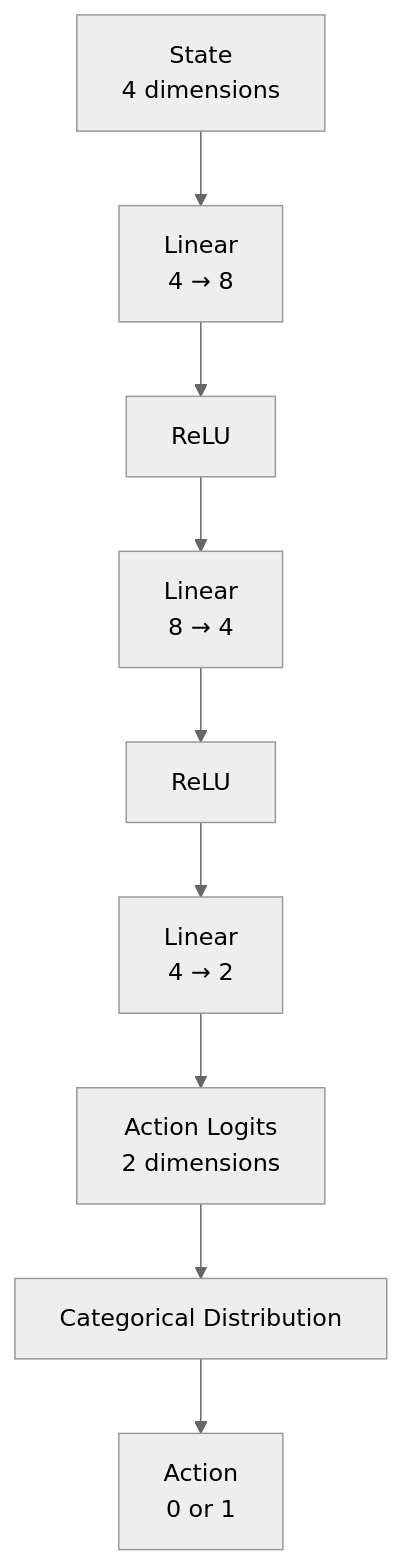
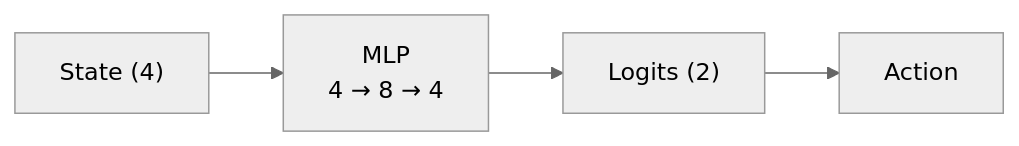
The first of 2 diagrams in _posts/2026-10-02-Policy-Gradient-구현-2.md (jihoAi/jihoAi.github.io), drawn with Mermaid (neutral theme) before and after one commit. The commit also changed other lines of this file, not shown here.

````diff
--- a/_posts/2026-10-02-Policy-Gradient-구현-2.md
+++ b/_posts/2026-10-02-Policy-Gradient-구현-2.md
@@ -59,21 +62,4 @@
 ```mermaid
-flowchart TD
-    A["State<br/>4 dimensions"]
-    B["Linear<br/>4 → 8"]
-    C["ReLU"]
-    D["Linear<br/>8 → 4"]
-    E["ReLU"]
-    F["Linear<br/>4 → 2"]
-    G["Action Logits<br/>2 dimensions"]
-    H["Categorical Distribution"]
-    I["Action<br/>0 or 1"]
-
-    A --> B
-    B --> C
-    C --> D
-    D --> E
-    E --> F
-    F --> G
-    G --> H
-    H --> I
+flowchart LR
+    A["State (4)"] --> B["MLP<br/>4 → 8 → 4"] --> C["Logits (2)"] --> D["Action"]
 ```
````
